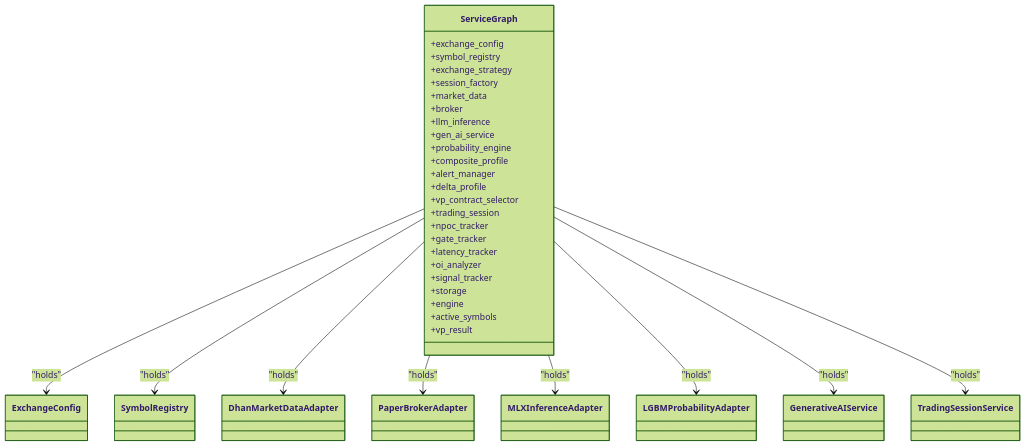
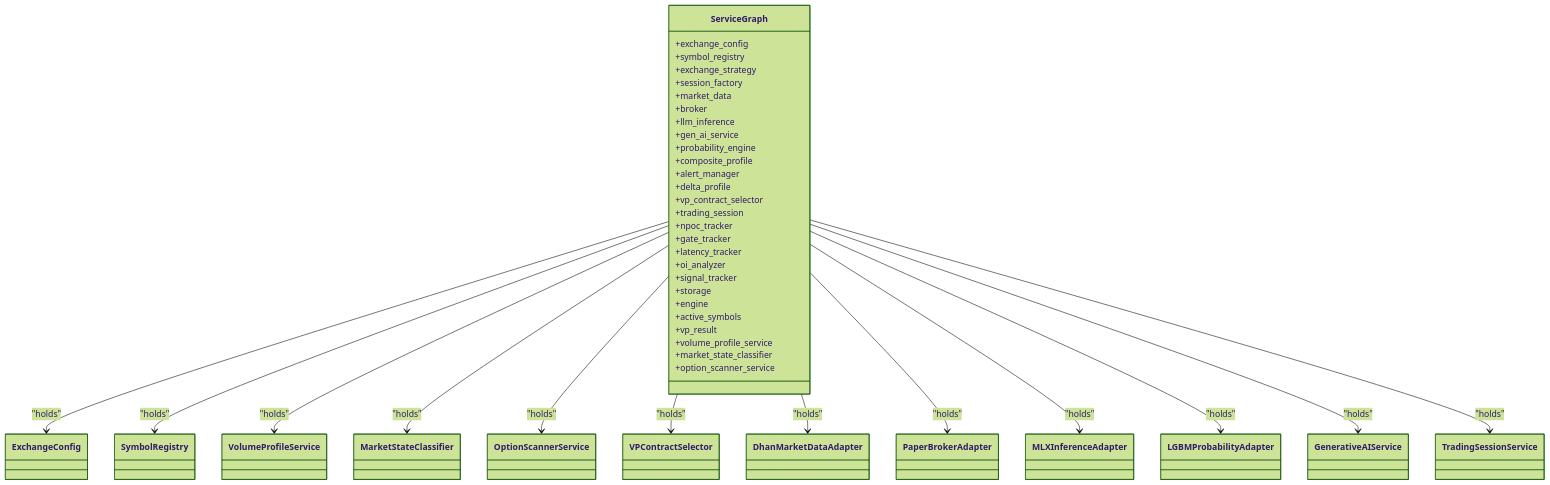
The third of 9 diagrams in .qoder/repowiki/en/content/Backend Application/Service Architecture.md (gemrajkhatry-maker/v5-of-glassytrade-ai), drawn with Mermaid (forest theme) before and after one commit. The commit also changed other lines of this file and 930 other files, not shown here.

````diff
--- a/.qoder/repowiki/en/content/Backend Application/Service Architecture.md
+++ b/.qoder/repowiki/en/content/Backend Application/Service Architecture.md
@@ -183,44 +229,55 @@
 ```mermaid
 classDiagram
 class ServiceGraph {
 +exchange_config
 +symbol_registry
 +exchange_strategy
 +session_factory
 +market_data
 +broker
 +llm_inference
 +gen_ai_service
 +probability_engine
 +composite_profile
 +alert_manager
 +delta_profile
 +vp_contract_selector
 +trading_session
 +npoc_tracker
 +gate_tracker
 +latency_tracker
 +oi_analyzer
 +signal_tracker
 +storage
 +engine
 +active_symbols
 +vp_result
++volume_profile_service
++market_state_classifier
++option_scanner_service
 }
 class ExchangeConfig
 class SymbolRegistry
+class VolumeProfileService
+class MarketStateClassifier
+class OptionScannerService
+class VPContractSelector
 class DhanMarketDataAdapter
 class PaperBrokerAdapter
 class MLXInferenceAdapter
 class LGBMProbabilityAdapter
 class GenerativeAIService
 class TradingSessionService
 ServiceGraph --> ExchangeConfig : "holds"
 ServiceGraph --> SymbolRegistry : "holds"
+ServiceGraph --> VolumeProfileService : "holds"
+ServiceGraph --> MarketStateClassifier : "holds"
+ServiceGraph --> OptionScannerService : "holds"
+ServiceGraph --> VPContractSelector : "holds"
 ServiceGraph --> DhanMarketDataAdapter : "holds"
 ServiceGraph --> PaperBrokerAdapter : "holds"
 ServiceGraph --> MLXInferenceAdapter : "holds"
 ServiceGraph --> LGBMProbabilityAdapter : "holds"
 ServiceGraph --> GenerativeAIService : "holds"
 ServiceGraph --> TradingSessionService : "holds"
 ```
````
